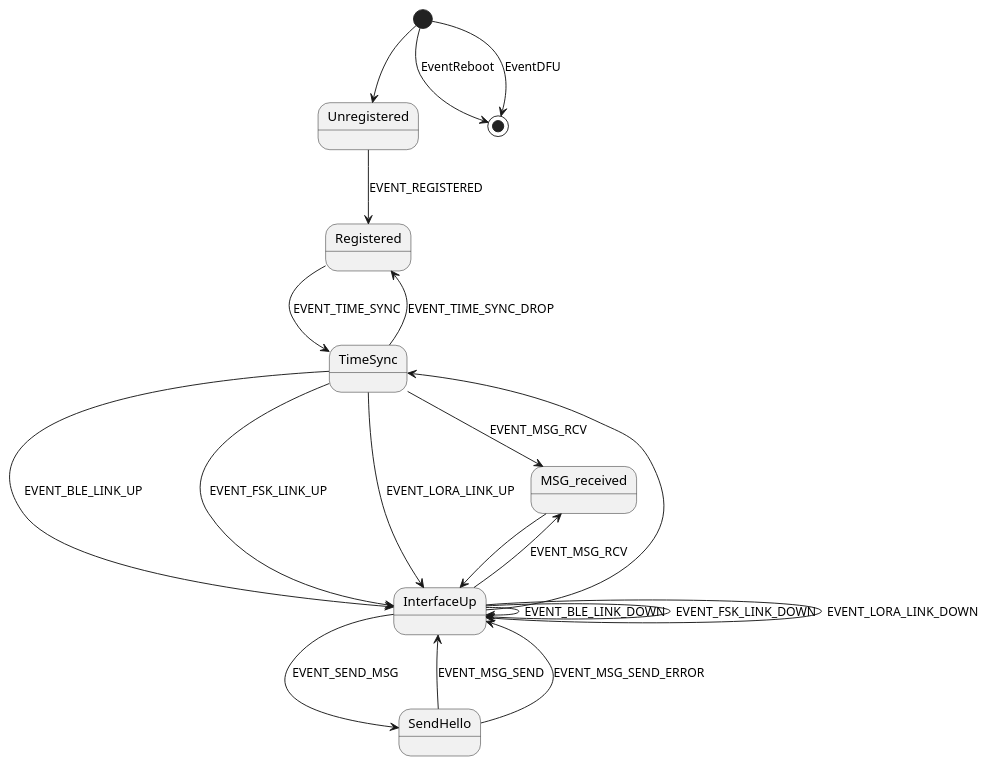
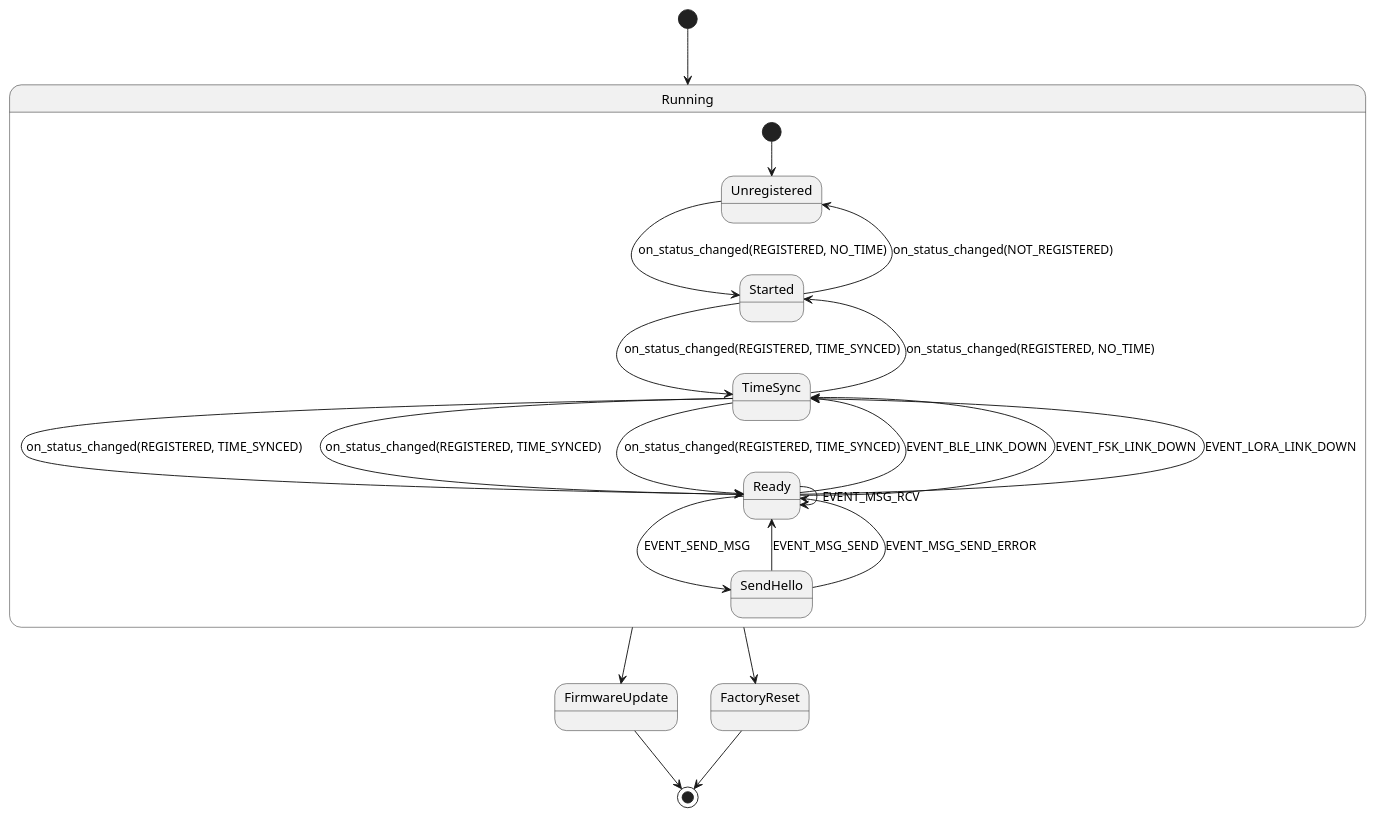
One commit to nrfconnect/sdk-sidewalk changed the diagram in samples/template/src/demo_app/smf_graph.puml. Above: the diagram before and after it, drawn with PlantUML.

Commit message:
sample: DNM doc graph update proposal
KRKNWK-17953
TBD

```diff
--- a/samples/template/src/demo_app/smf_graph.puml
+++ b/samples/template/src/demo_app/smf_graph.puml
@@ -1,22 +1,25 @@
-@startuml
+@startuml template state machine
+
+[*] --> Running
+state Running{
 [*] --> Unregistered
-[*] --> [*]: EventReboot
-[*] --> [*] : EventDFU
-
-Unregistered --> Registered : EVENT_REGISTERED
-Registered --> TimeSync : EVENT_TIME_SYNC
-TimeSync --> Registered : EVENT_TIME_SYNC_DROP
-TimeSync --> InterfaceUp : EVENT_BLE_LINK_UP
-TimeSync --> InterfaceUp : EVENT_FSK_LINK_UP
-TimeSync --> InterfaceUp : EVENT_LORA_LINK_UP
-InterfaceUp --> InterfaceUp : EVENT_BLE_LINK_DOWN
-InterfaceUp --> InterfaceUp : EVENT_FSK_LINK_DOWN
-InterfaceUp --> InterfaceUp : EVENT_LORA_LINK_DOWN
-InterfaceUp --> TimeSync
-TimeSync --> MSG_received : EVENT_MSG_RCV
-MSG_received --> InterfaceUp
-InterfaceUp --> MSG_received : EVENT_MSG_RCV
-InterfaceUp --> SendHello : EVENT_SEND_MSG
-SendHello --> InterfaceUp : EVENT_MSG_SEND
-SendHello --> InterfaceUp : EVENT_MSG_SEND_ERROR
+Unregistered --> Started : on_status_changed(REGISTERED, NO_TIME)
+Started --> Unregistered : on_status_changed(NOT_REGISTERED)
+Started --> TimeSync : on_status_changed(REGISTERED, TIME_SYNCED)
+TimeSync --> Started : on_status_changed(REGISTERED, NO_TIME)
+TimeSync --> Ready : on_status_changed(REGISTERED, TIME_SYNCED)
+TimeSync --> Ready : on_status_changed(REGISTERED, TIME_SYNCED)
+TimeSync --> Ready : on_status_changed(REGISTERED, TIME_SYNCED)
+Ready --> TimeSync : EVENT_BLE_LINK_DOWN
+Ready --> TimeSync : EVENT_FSK_LINK_DOWN
+Ready --> TimeSync : EVENT_LORA_LINK_DOWN
+Ready --> Ready : EVENT_MSG_RCV
+Ready --> SendHello : EVENT_SEND_MSG
+SendHello --> Ready : EVENT_MSG_SEND
+SendHello --> Ready : EVENT_MSG_SEND_ERROR
+}
+Running --> FirmwareUpdate
+FirmwareUpdate --> [*]
+Running --> FactoryReset
+FactoryReset --> [*]
 @enduml
```
